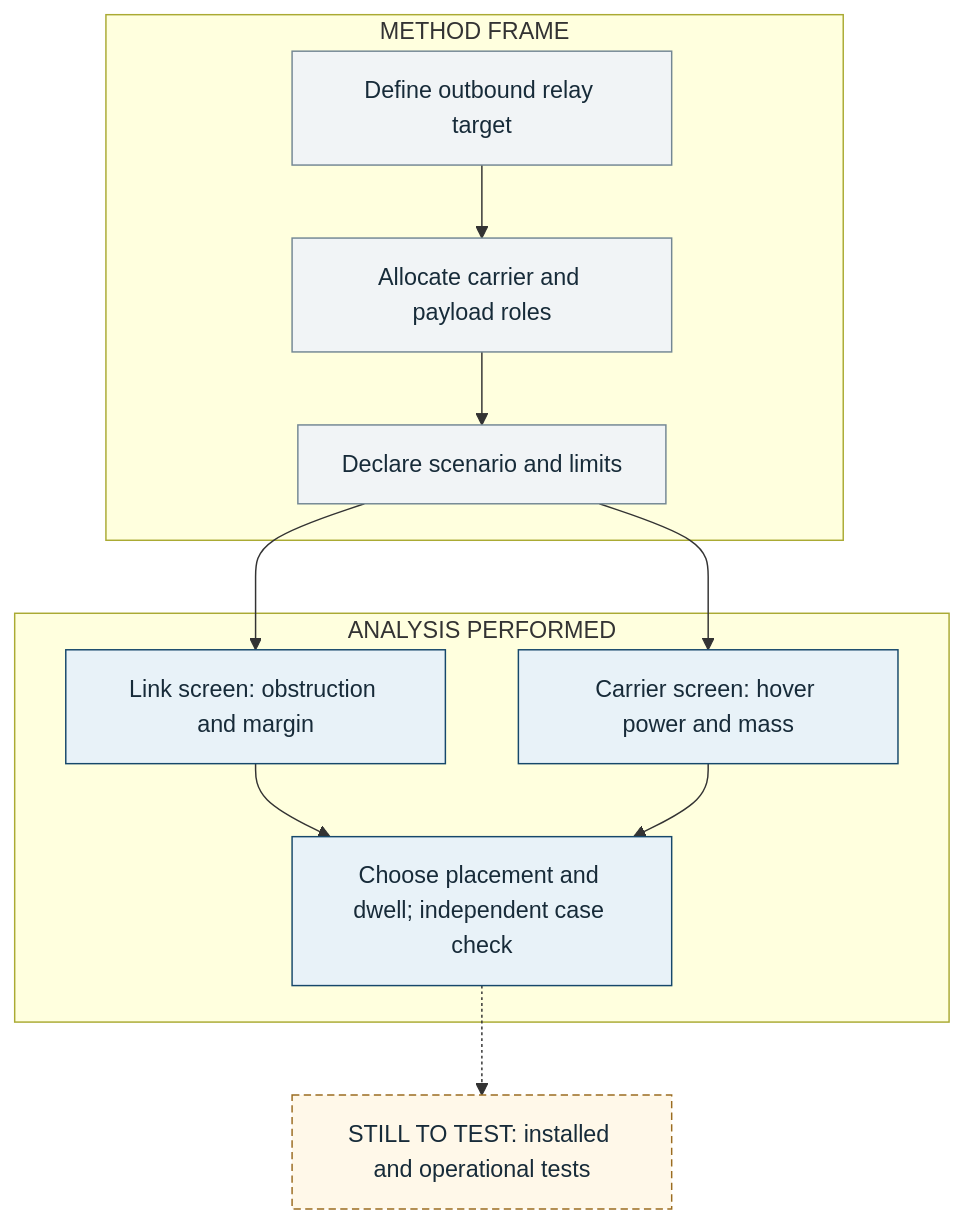
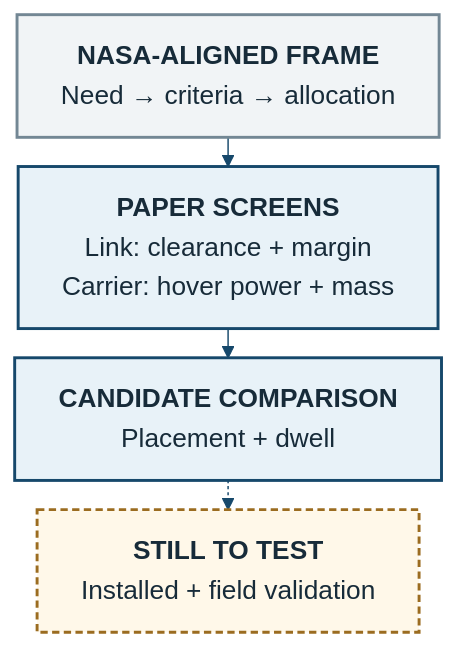
One commit to noahstephenson/low-cost-relay-uas changed the diagram in submission/figs/architecture_assessment_workflow.mmd. Above: the diagram before and after it, drawn with Mermaid. The commit also changed 7 other files, not shown here.

Commit message:
Replace Figure 3 with NASA-aligned Mermaid workflow

```diff
--- a/submission/figs/architecture_assessment_workflow.mmd
+++ b/submission/figs/architecture_assessment_workflow.mmd
@@ -1,17 +1,15 @@
+%%{init: {"theme": "base", "look": "classic", "themeVariables": {"fontFamily": "Arial", "fontSize": "18px", "lineColor": "#16486b"}, "flowchart": {"wrappingWidth": 300, "nodeSpacing": 22, "rankSpacing": 20}}}%%
 flowchart TB
-    subgraph M["METHOD FRAME"]
-      N["Define outbound relay target"] --> B["Allocate carrier and payload roles"] --> I["Declare scenario and limits"]
-    end
-    subgraph A["ANALYSIS PERFORMED"]
-      L["Link screen: obstruction and margin"] --> D["Choose placement and dwell; independent case check"]
-      C["Carrier screen: hover power and mass"] --> D
-    end
-    I --> L
-    I --> C
-    D -.-> F["STILL TO TEST: installed and operational tests"]
-    classDef method fill:#f1f4f6,stroke:#738794,color:#172b39
-    classDef study fill:#e8f2f8,stroke:#16486b,color:#172b39
-    classDef future fill:#fff8e9,stroke:#9b6c20,stroke-dasharray:5 3,color:#172b39
-    class N,B,I method
-    class L,C,D study
+    M["<b>NASA-ALIGNED FRAME</b><br/>Need → criteria → allocation"]
+    S["<b>PAPER SCREENS</b><br/>Link: clearance + margin<br/>Carrier: hover power + mass"]
+    D["<b>CANDIDATE COMPARISON</b><br/>Placement + dwell"]
+    F["<b>STILL TO TEST</b><br/>Installed + field validation"]
+    M --> S
+    S --> D
+    D -.-> F
+    classDef method fill:#f1f4f6,stroke:#738794,stroke-width:2px,color:#172b39
+    classDef study fill:#e8f2f8,stroke:#16486b,stroke-width:2px,color:#172b39
+    classDef future fill:#fff8e9,stroke:#9b6c20,stroke-width:2px,stroke-dasharray:5 3,color:#172b39
+    class M method
+    class S,D study
     class F future
```
